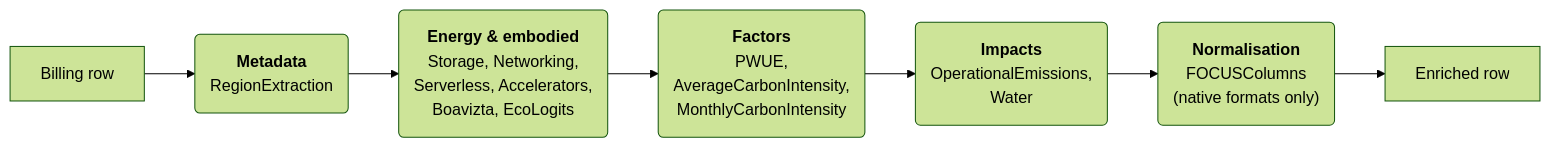
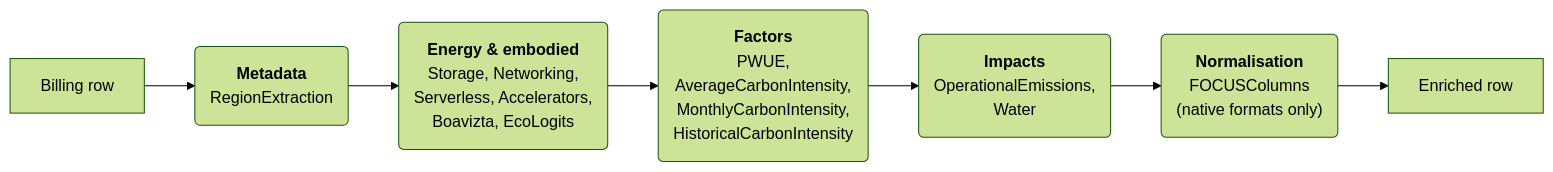
Before and after one commit to DigitalPebble/spruce: the diagram in docs/src/modules.md, drawn with Mermaid (forest theme). The commit also changed other lines of this file and 3 other files, not shown here.

````diff
--- a/docs/src/modules.md
+++ b/docs/src/modules.md
@@ -33,9 +33,9 @@
 ```mermaid
 flowchart LR
     A[Billing row] --> B("<b>Metadata</b><br>RegionExtraction")
     B --> C("<b>Energy &amp; embodied</b><br>Storage, Networking,<br>Serverless, Accelerators,<br>Boavizta, EcoLogits")
-    C --> D("<b>Factors</b><br>PWUE,<br>AverageCarbonIntensity,<br>MonthlyCarbonIntensity")
+    C --> D("<b>Factors</b><br>PWUE,<br>AverageCarbonIntensity,<br>MonthlyCarbonIntensity,<br>HistoricalCarbonIntensity")
     D --> E("<b>Impacts</b><br>OperationalEmissions,<br>Water")
     E --> F("<b>Normalisation</b><br>FOCUSColumns<br>(native formats only)")
     F --> G[Enriched row]
 ```
````
